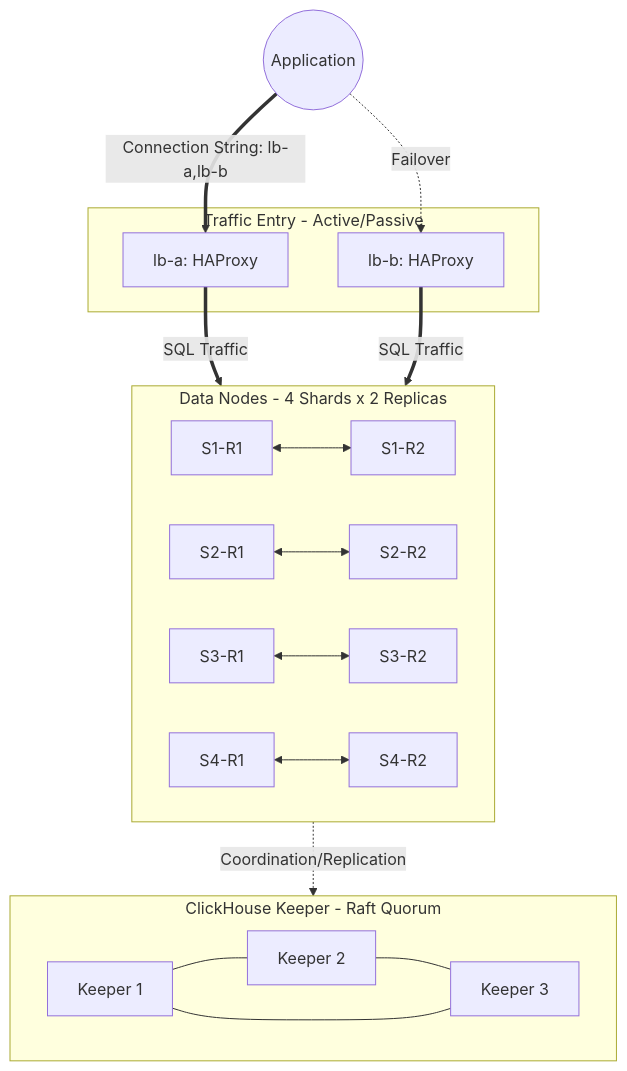
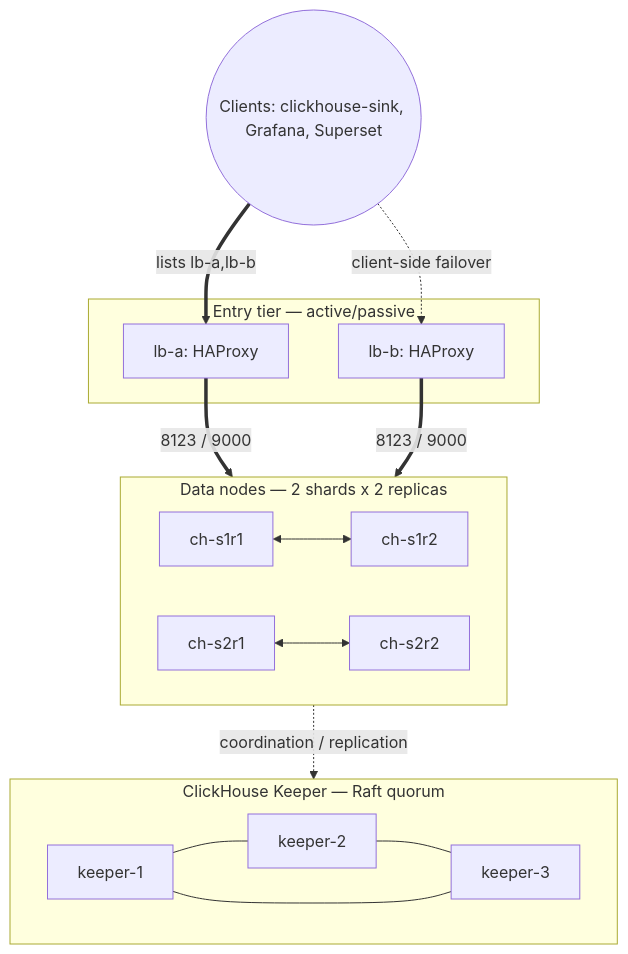
One commit to bahman-farhadian/Meanul-Data-Studio changed the diagram in not-uber-service/e-infra-clickhouse/clickhouse-cluster-design.md. Above: the diagram before and after it, drawn with Mermaid. The commit also changed other lines of this file and 4 other files, not shown here.

````diff
--- a/not-uber-service/e-infra-clickhouse/clickhouse-cluster-design.md
+++ b/not-uber-service/e-infra-clickhouse/clickhouse-cluster-design.md
@@ -33,26 +62,23 @@
 ```mermaid
 graph TD
-    App((Application))
-    
-    subgraph Entry_Layer [Traffic Entry - Active/Passive]
-        LB1[lb-a: HAProxy]
-        LB2[lb-b: HAProxy]
+    App(("Clients: clickhouse-sink, Grafana, Superset"))
+
+    subgraph Entry ["Entry tier — active/passive"]
+        LB1["lb-a: HAProxy"]
+        LB2["lb-b: HAProxy"]
     end
 
-    subgraph Data_Layer [Data Nodes - 4 Shards x 2 Replicas]
-        S1R1[S1-R1] <--> S1R2[S1-R2]
-        S2R1[S2-R1] <--> S2R2[S2-R2]
-        S3R1[S3-R1] <--> S3R2[S3-R2]
-        S4R1[S4-R1] <--> S4R2[S4-R2]
+    subgraph Data ["Data nodes — 2 shards x 2 replicas"]
+        S1R1["ch-s1r1"] <--> S1R2["ch-s1r2"]
+        S2R1["ch-s2r1"] <--> S2R2["ch-s2r2"]
     end
 
-    subgraph Coordination_Layer [ClickHouse Keeper - Raft Quorum]
-        K1[Keeper 1] --- K2[Keeper 2] --- K3[Keeper 3] --- K1
+    subgraph Coord ["ClickHouse Keeper — Raft quorum"]
+        K1["keeper-1"] --- K2["keeper-2"] --- K3["keeper-3"] --- K1
     end
 
-    %% Connections
-    App ==>|Connection String: lb-a,lb-b| LB1
-    App -.->|Failover| LB2
-    LB1 & LB2 ==>|SQL Traffic| Data_Layer
-    Data_Layer -.->|Coordination/Replication| Coordination_Layer
+    App ==>|"lists lb-a,lb-b"| LB1
+    App -.->|"client-side failover"| LB2
+    LB1 & LB2 ==>|"8123 / 9000"| Data
+    Data -.->|"coordination / replication"| Coord
 ```
````
